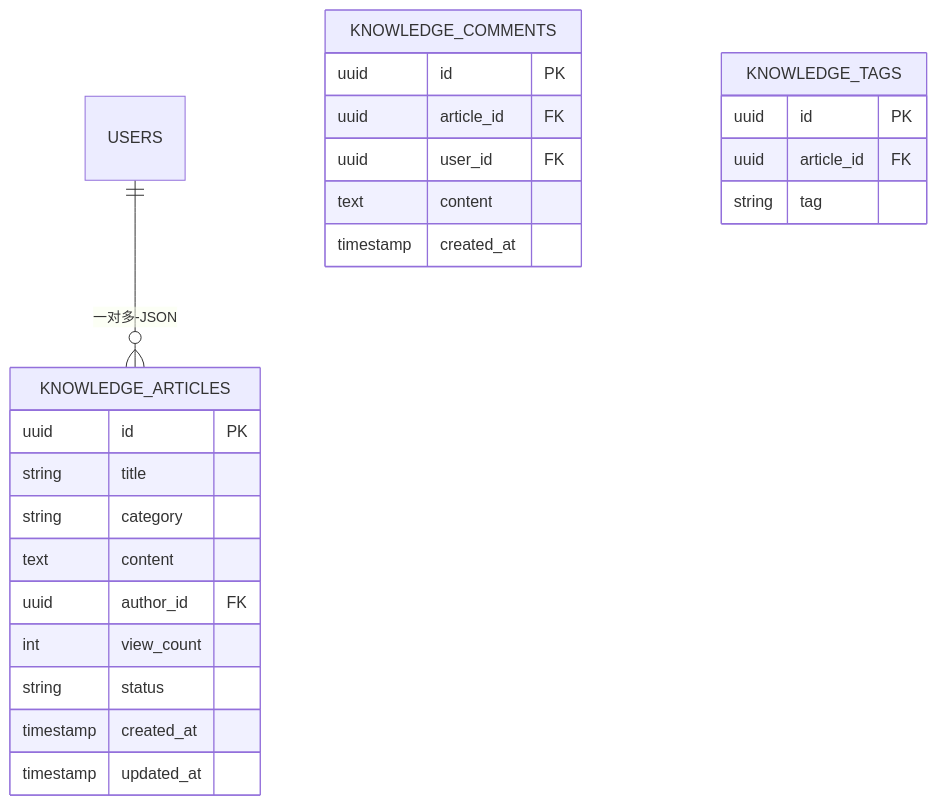
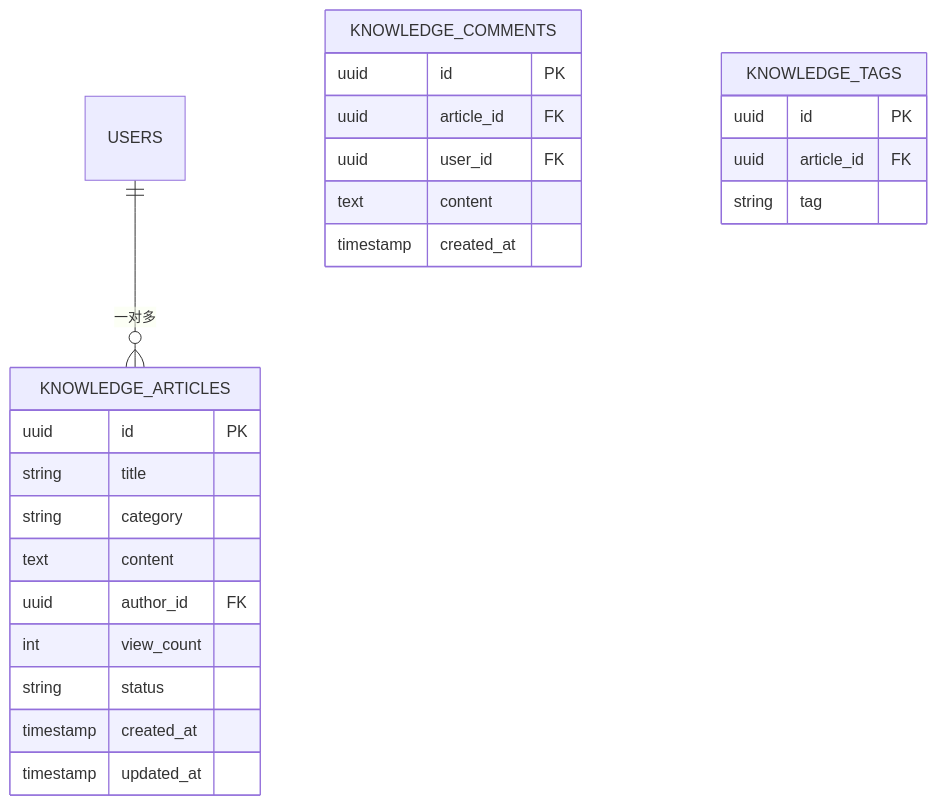
One commit to dayutech/Vuln-Audit-Lifecycle-Management changed the seventh of 12 diagrams in docs/design/er_diagram.md. Above: the diagram before and after it, drawn with Mermaid. The commit also changed other lines of this file and 11 other files, not shown here.

````diff
--- a/docs/design/er_diagram.md
+++ b/docs/design/er_diagram.md
@@ -432,30 +431,30 @@
 ```mermaid
 erDiagram
-    USERS ||--o{ KNOWLEDGE_ARTICLES : "一对多-JSON"
+    USERS ||--o{ KNOWLEDGE_ARTICLES : "一对多"
     
     KNOWLEDGE_ARTICLES {
         uuid id PK
         string title
         string category
         text content
         uuid author_id FK
         int view_count
         string status
         timestamp created_at
         timestamp updated_at
     }
     
     KNOWLEDGE_COMMENTS {
         uuid id PK
         uuid article_id FK
         uuid user_id FK
         text content
         timestamp created_at
     }
     
     KNOWLEDGE_TAGS {
         uuid id PK
         uuid article_id FK
         string tag
     }
 ```
````
